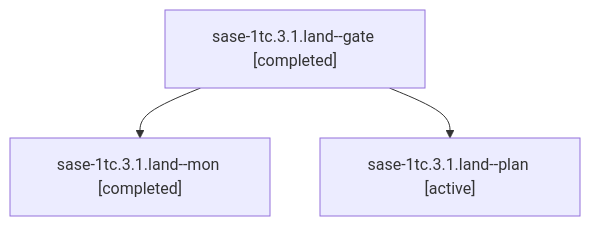
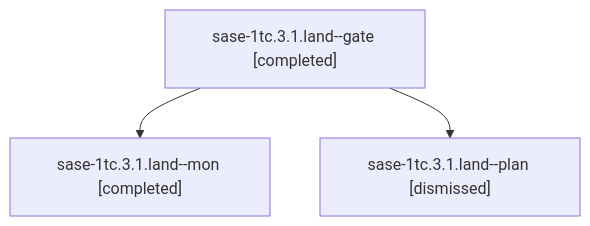
One commit to sase-org/sase--agents changed the diagram in sessions/bbugyi200.athena.sase-1tc.3.1.land.md. Above: the diagram before and after it, drawn with Mermaid. The commit also changed other lines of this file and 110 other files, not shown here.

````diff
--- a/sessions/bbugyi200.athena.sase-1tc.3.1.land.md
+++ b/sessions/bbugyi200.athena.sase-1tc.3.1.land.md
@@ -9,8 +9,8 @@
 ```mermaid
 flowchart TD
   n0["sase-1tc.3.1.land--gate [completed]"]
   n1["sase-1tc.3.1.land--mon [completed]"]
   n0 --> n1
-  n2["sase-1tc.3.1.land--plan [active]"]
+  n2["sase-1tc.3.1.land--plan [dismissed]"]
   n0 --> n2
 ```
````
